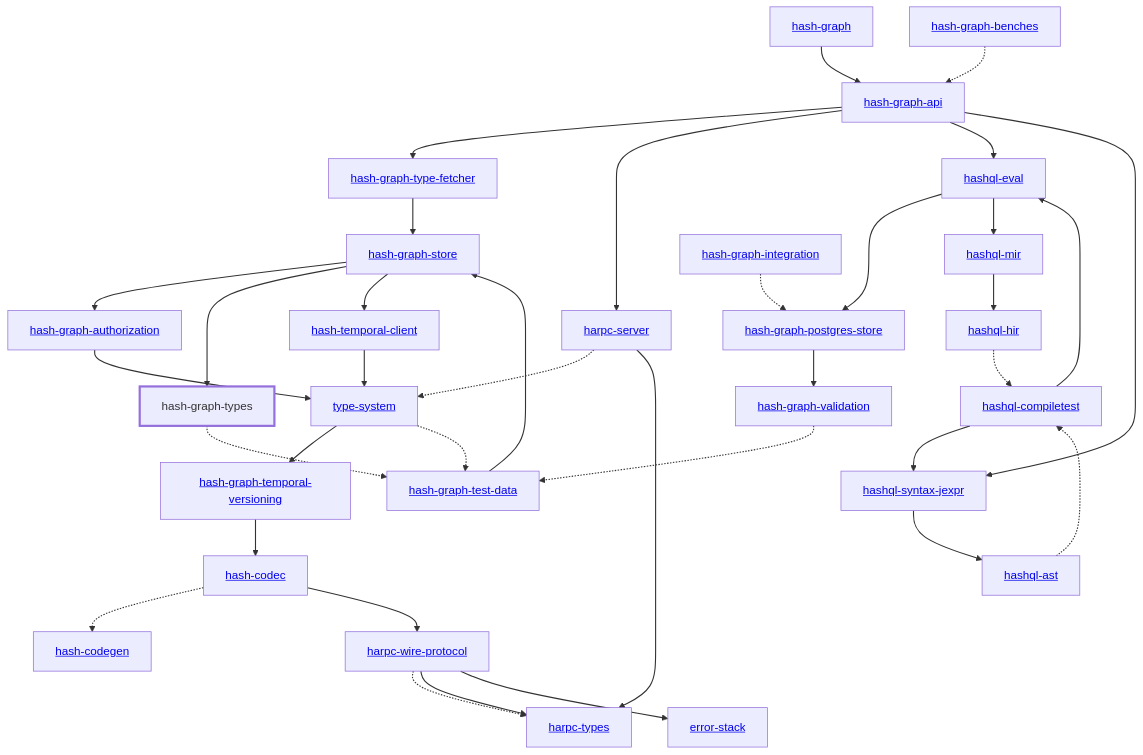
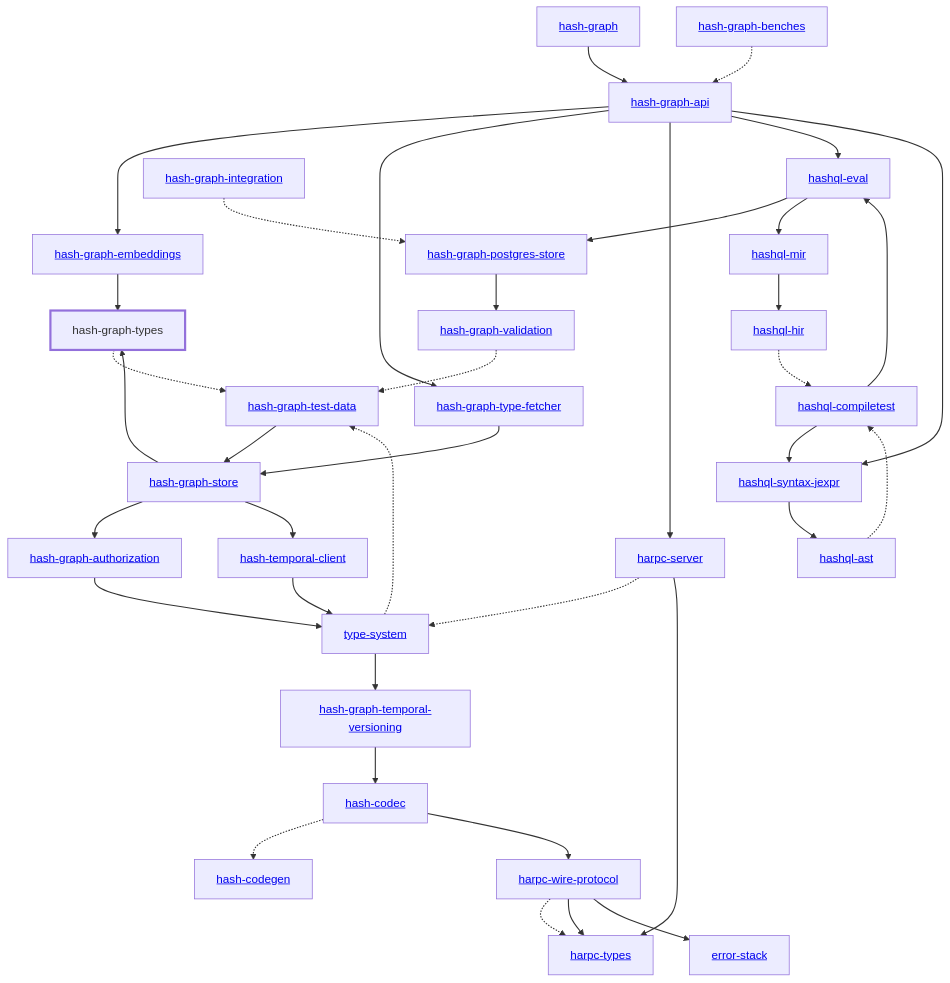
Before and after one commit to hashintel/hash: the diagram in libs/@local/graph/types/docs/dependency-diagram.mmd, drawn with Mermaid. The commit also changed 16 other files, not shown here.

Commit message:
BE-622: Update dependency diagrams

```diff
--- a/libs/@local/graph/types/docs/dependency-diagram.mmd
+++ b/libs/@local/graph/types/docs/dependency-diagram.mmd
@@ -1,72 +1,75 @@
 graph TD
     linkStyle default stroke-width:1.5px
     classDef default stroke-width:1px
     classDef root stroke-width:3px
     classDef dev stroke-width:1px
     classDef build stroke-width:1px
     %% Legend
     %% --> : Normal dependency
     %% -.-> : Dev dependency
     %% ---> : Build dependency
     0[<a href="../hash_graph/index.html">hash-graph</a>]
     1[<a href="../type_system/index.html">type-system</a>]
     2[<a href="../hash_codec/index.html">hash-codec</a>]
     3[<a href="../hash_codegen/index.html">hash-codegen</a>]
     4[<a href="../hash_graph_api/index.html">hash-graph-api</a>]
     5[<a href="../hash_graph_authorization/index.html">hash-graph-authorization</a>]
-    6[<a href="../hash_graph_postgres_store/index.html">hash-graph-postgres-store</a>]
-    7[<a href="../hash_graph_store/index.html">hash-graph-store</a>]
-    8[<a href="../hash_graph_temporal_versioning/index.html">hash-graph-temporal-versioning</a>]
-    9[<a href="../hash_graph_type_fetcher/index.html">hash-graph-type-fetcher</a>]
-    10[hash-graph-types]
-    class 10 root
-    11[<a href="../hash_graph_validation/index.html">hash-graph-validation</a>]
-    12[<a href="../harpc_server/index.html">harpc-server</a>]
-    13[<a href="../harpc_types/index.html">harpc-types</a>]
-    14[<a href="../harpc_wire_protocol/index.html">harpc-wire-protocol</a>]
-    15[<a href="../hashql_ast/index.html">hashql-ast</a>]
-    16[<a href="../hashql_compiletest/index.html">hashql-compiletest</a>]
-    17[<a href="../hashql_eval/index.html">hashql-eval</a>]
-    18[<a href="../hashql_hir/index.html">hashql-hir</a>]
-    19[<a href="../hashql_mir/index.html">hashql-mir</a>]
-    20[<a href="../hashql_syntax_jexpr/index.html">hashql-syntax-jexpr</a>]
-    21[<a href="../hash_temporal_client/index.html">hash-temporal-client</a>]
-    22[<a href="../error_stack/index.html">error-stack</a>]
-    23[<a href="../hash_graph_benches/index.html">hash-graph-benches</a>]
-    24[<a href="../hash_graph_integration/index.html">hash-graph-integration</a>]
-    25[<a href="../hash_graph_test_data/index.html">hash-graph-test-data</a>]
+    6[<a href="../hash_graph_embeddings/index.html">hash-graph-embeddings</a>]
+    7[<a href="../hash_graph_postgres_store/index.html">hash-graph-postgres-store</a>]
+    8[<a href="../hash_graph_store/index.html">hash-graph-store</a>]
+    9[<a href="../hash_graph_temporal_versioning/index.html">hash-graph-temporal-versioning</a>]
+    10[<a href="../hash_graph_type_fetcher/index.html">hash-graph-type-fetcher</a>]
+    11[hash-graph-types]
+    class 11 root
+    12[<a href="../hash_graph_validation/index.html">hash-graph-validation</a>]
+    13[<a href="../harpc_server/index.html">harpc-server</a>]
+    14[<a href="../harpc_types/index.html">harpc-types</a>]
+    15[<a href="../harpc_wire_protocol/index.html">harpc-wire-protocol</a>]
+    16[<a href="../hashql_ast/index.html">hashql-ast</a>]
+    17[<a href="../hashql_compiletest/index.html">hashql-compiletest</a>]
+    18[<a href="../hashql_eval/index.html">hashql-eval</a>]
+    19[<a href="../hashql_hir/index.html">hashql-hir</a>]
+    20[<a href="../hashql_mir/index.html">hashql-mir</a>]
+    21[<a href="../hashql_syntax_jexpr/index.html">hashql-syntax-jexpr</a>]
+    22[<a href="../hash_temporal_client/index.html">hash-temporal-client</a>]
+    23[<a href="../error_stack/index.html">error-stack</a>]
+    24[<a href="../hash_graph_benches/index.html">hash-graph-benches</a>]
+    25[<a href="../hash_graph_integration/index.html">hash-graph-integration</a>]
+    26[<a href="../hash_graph_test_data/index.html">hash-graph-test-data</a>]
     0 --> 4
-    1 --> 8
-    1 -.-> 25
+    1 --> 9
+    1 -.-> 26
     2 -.-> 3
-    2 --> 14
-    4 --> 9
-    4 --> 12
-    4 --> 17
-    4 --> 20
+    2 --> 15
+    4 --> 6
+    4 --> 10
+    4 --> 13
+    4 --> 18
+    4 --> 21
     5 --> 1
     6 --> 11
-    7 --> 5
-    7 --> 10
-    7 --> 21
-    8 --> 2
-    9 --> 7
-    10 -.-> 25
-    11 -.-> 25
-    12 -.-> 1
-    12 --> 13
-    14 -.-> 13
-    14 --> 13
-    14 --> 22
-    15 -.-> 16
-    16 --> 17
-    16 --> 20
-    17 --> 6
-    17 --> 19
-    18 -.-> 16
-    19 --> 18
-    20 --> 15
-    21 --> 1
-    23 -.-> 4
-    24 -.-> 6
-    25 --> 7
+    7 --> 12
+    8 --> 5
+    8 --> 11
+    8 --> 22
+    9 --> 2
+    10 --> 8
+    11 -.-> 26
+    12 -.-> 26
+    13 -.-> 1
+    13 --> 14
+    15 -.-> 14
+    15 --> 14
+    15 --> 23
+    16 -.-> 17
+    17 --> 18
+    17 --> 21
+    18 --> 7
+    18 --> 20
+    19 -.-> 17
+    20 --> 19
+    21 --> 16
+    22 --> 1
+    24 -.-> 4
+    25 -.-> 7
+    26 --> 8
```
